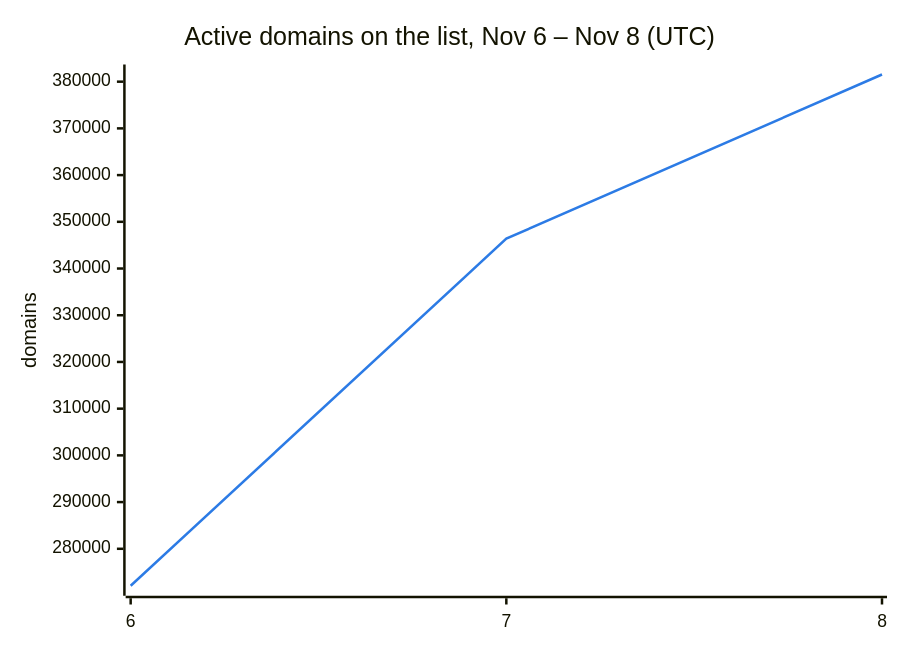
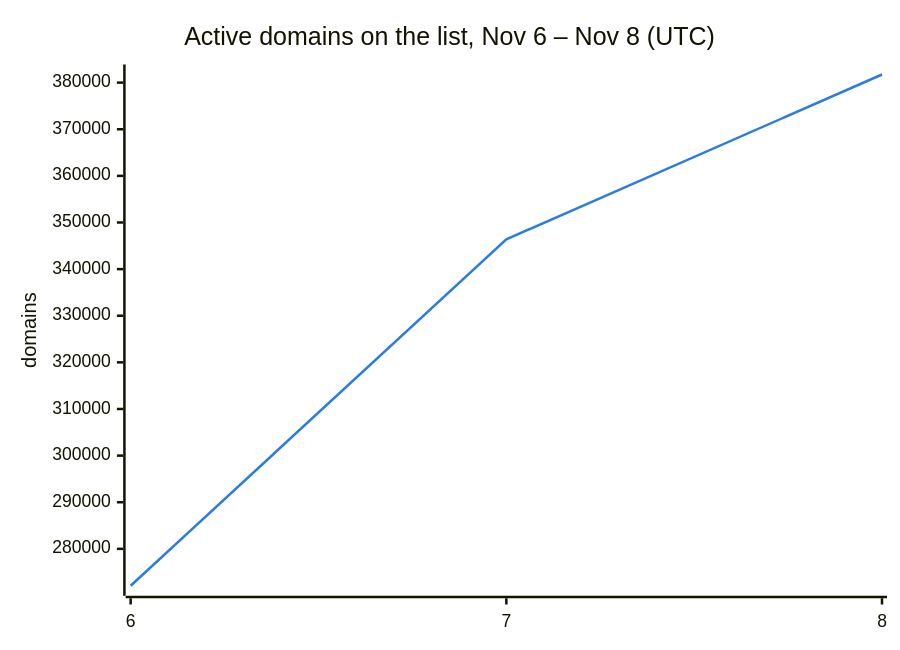
The second of 3 diagrams in README.md (DNSBunker/CTI), drawn with Mermaid before and after one commit. The commit also changed other lines of this file and 3 other files, not shown here.

````diff
--- a/README.md
+++ b/README.md
@@ -38,8 +38,8 @@
 ```mermaid
 %%{init: {"themeVariables": {"xyChart": {"plotColorPalette": "#2c7be5"}}}}%%
 xychart-beta
     title "Active domains on the list, Nov 6 – Nov 8 (UTC)"
     x-axis ["6", "7", "8"]
     y-axis "domains"
-    line [272088, 346388, 381536]
+    line [272088, 346388, 381741]
 ```
````
